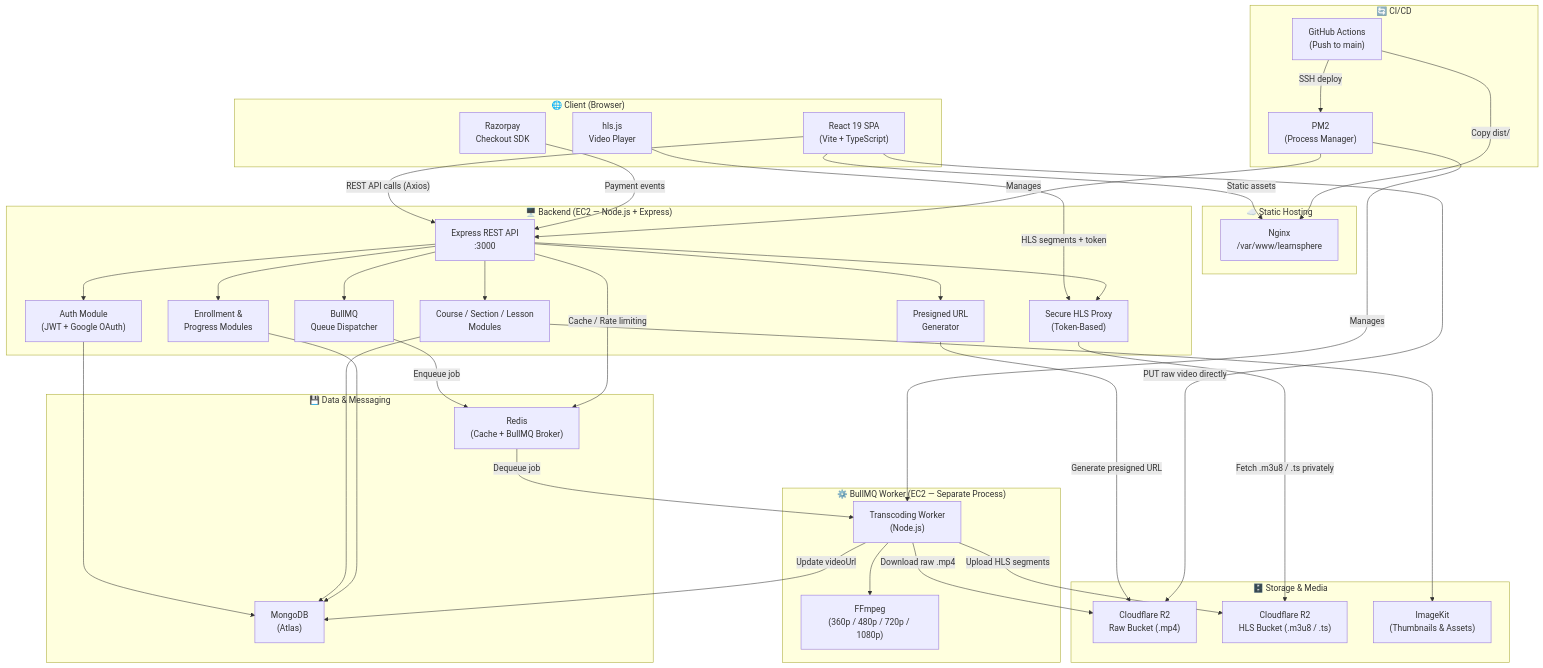
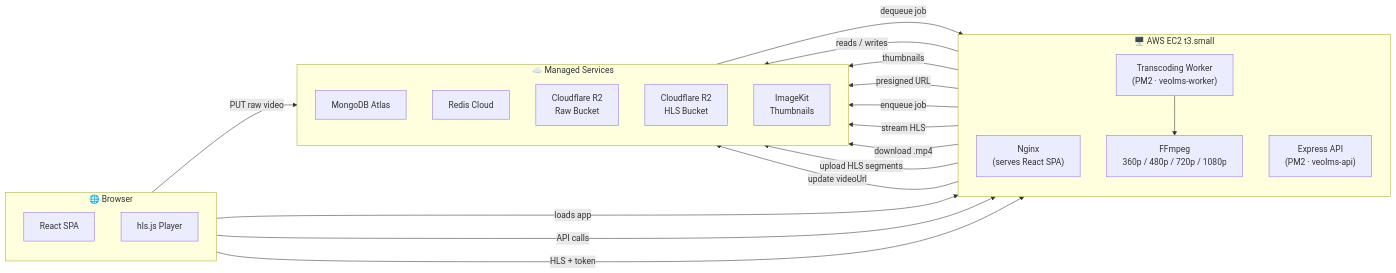
Before and after one commit to prasannaPratapSingh/veolms-challenge: the first of 2 diagrams in README.md, drawn with Mermaid. The commit also changed other lines of this file, not shown here.

Commit message:
docs(architecture): simplify platform diagram and update deployment configuration
- Refactor architecture diagram from complex TB graph to cleaner LR layout with logical service grouping
- Consolidate diagram into Browser, EC2, Cloud Services, and data flow sections for improved clarity
- Update Redis configuration from local instance to Redis Cloud managed service
- Add MVP scalability note explaining FFmpeg resource constraints and planned Docker/ECS upgrade path
- Clarify EC2 instance structure showing PM2 process management alongside external Redis Cloud
- Update environment variable examples and deployment documentation to reflect cloud-based Redis
- Remove legacy detailed backend module breakdown in favor of simplified service-oriented view

````diff
--- a/README.md
+++ b/README.md
@@ -11,85 +9,47 @@
 ```mermaid
-graph TB
-    subgraph Client["🌐 Client (Browser)"]
-        FE["React 19 SPA<br/>(Vite + TypeScript)"]
-        HLS_PLAYER["hls.js<br/>Video Player"]
-        RZRPAY["Razorpay<br/>Checkout SDK"]
+graph LR
+    %% ── Browser ──────────────────────────────────────────
+    subgraph Browser["🌐 Browser"]
+        direction TB
+        FE["React SPA"]
+        PLAYER["hls.js Player"]
     end
 
-    subgraph CDN["☁️ Static Hosting"]
-        NGINX["Nginx<br/>/var/www/learnsphere"]
+    %% ── AWS EC2 t3.small ─────────────────────────────────
+    subgraph EC2["🖥️ AWS EC2 t3.small"]
+        direction TB
+        NGINX["Nginx\n(serves React SPA)"]
+        API["Express API\n(PM2 · veolms-api)"]
+        WORKER["Transcoding Worker\n(PM2 · veolms-worker)"]
+        FFMPEG["FFmpeg\n360p / 480p / 720p / 1080p"]
+        WORKER --> FFMPEG
     end
 
-    subgraph Backend["🖥️ Backend (EC2 — Node.js + Express)"]
-        API["Express REST API<br/>:3000"]
-        AUTH["Auth Module<br/>(JWT + Google OAuth)"]
-        COURSE["Course / Section / Lesson<br/>Modules"]
-        ENROLL["Enrollment &amp;<br/>Progress Modules"]
-        VIDEO_PROXY["Secure HLS Proxy<br/>(Token-Based)"]
-        PRESIGN["Presigned URL<br/>Generator"]
-        QUEUE_DISPATCH["BullMQ<br/>Queue Dispatcher"]
+    %% ── External Services ────────────────────────────────
+    subgraph Cloud["☁️ Managed Services"]
+        direction TB
+        MONGO["MongoDB Atlas"]
+        REDIS["Redis Cloud"]
+        R2_RAW["Cloudflare R2\nRaw Bucket"]
+        R2_HLS["Cloudflare R2\nHLS Bucket"]
+        IMAGEKIT["ImageKit\nThumbnails"]
     end
 
-    subgraph Worker["⚙️ BullMQ Worker (EC2 — Separate Process)"]
-        WORKER["Transcoding Worker<br/>(Node.js)"]
-        FFMPEG["FFmpeg<br/>(360p / 480p / 720p / 1080p)"]
-    end
+    %% ── Flows ────────────────────────────────────────────
+    FE -->|"loads app"| NGINX
+    FE -->|"API calls"| API
+    PLAYER -->|"HLS + token"| API
 
-    subgraph Storage["🗄️ Storage & Media"]
-        R2_RAW["Cloudflare R2<br/>Raw Bucket (.mp4)"]
-        R2_HLS["Cloudflare R2<br/>HLS Bucket (.m3u8 / .ts)"]
-        IMAGEKIT["ImageKit<br/>(Thumbnails & Assets)"]
-    end
+    API -->|"reads / writes"| MONGO
+    API -->|"thumbnails"| IMAGEKIT
+    API -->|"presigned URL"| R2_RAW
+    API -->|"enqueue job"| REDIS
+    API -->|"stream HLS"| R2_HLS
 
-    subgraph Data["💾 Data & Messaging"]
-        MONGO["MongoDB<br/>(Atlas)"]
-        REDIS["Redis<br/>(Cache + BullMQ Broker)"]
-    end
+    FE -->|"PUT raw video"| R2_RAW
 
-    subgraph CI_CD["🔄 CI/CD"]
-        GH_ACTIONS["GitHub Actions<br/>(Push to main)"]
-        PM2["PM2<br/>(Process Manager)"]
-    end
-
-    %% Client → CDN / Backend
-    FE -->|"Static assets"| NGINX
-    FE -->|"REST API calls (Axios)"| API
-    HLS_PLAYER -->|"HLS segments + token"| VIDEO_PROXY
-    RZRPAY -->|"Payment events"| API
-
-    %% API internal routing
-    API --> AUTH
-    API --> COURSE
-    API --> ENROLL
-    API --> VIDEO_PROXY
-    API --> PRESIGN
-    API --> QUEUE_DISPATCH
-
-    %% Backend → Data
-    AUTH --> MONGO
-    COURSE --> MONGO
-    ENROLL --> MONGO
-    COURSE --> IMAGEKIT
-    VIDEO_PROXY -->|"Fetch .m3u8 / .ts privately"| R2_HLS
-
-    %% Upload flow
-    PRESIGN -->|"Generate presigned URL"| R2_RAW
-    FE -->|"PUT raw video directly"| R2_RAW
-
-    %% Queue & Worker
-    QUEUE_DISPATCH -->|"Enqueue job"| REDIS
-    REDIS -->|"Dequeue job"| WORKER
-    WORKER --> FFMPEG
-    WORKER -->|"Download raw .mp4"| R2_RAW
-    WORKER -->|"Upload HLS segments"| R2_HLS
-    WORKER -->|"Update videoUrl"| MONGO
-
-    %% Caching
-    API -->|"Cache / Rate limiting"| REDIS
-
-    %% CI/CD
-    GH_ACTIONS -->|"SSH deploy"| PM2
-    PM2 -->|"Manages"| API
-    PM2 -->|"Manages"| WORKER
-    GH_ACTIONS -->|"Copy dist/"| NGINX
+    REDIS -->|"dequeue job"| WORKER
+    WORKER -->|"download .mp4"| R2_RAW
+    WORKER -->|"upload HLS segments"| R2_HLS
+    WORKER -->|"update videoUrl"| MONGO
 ```
````
